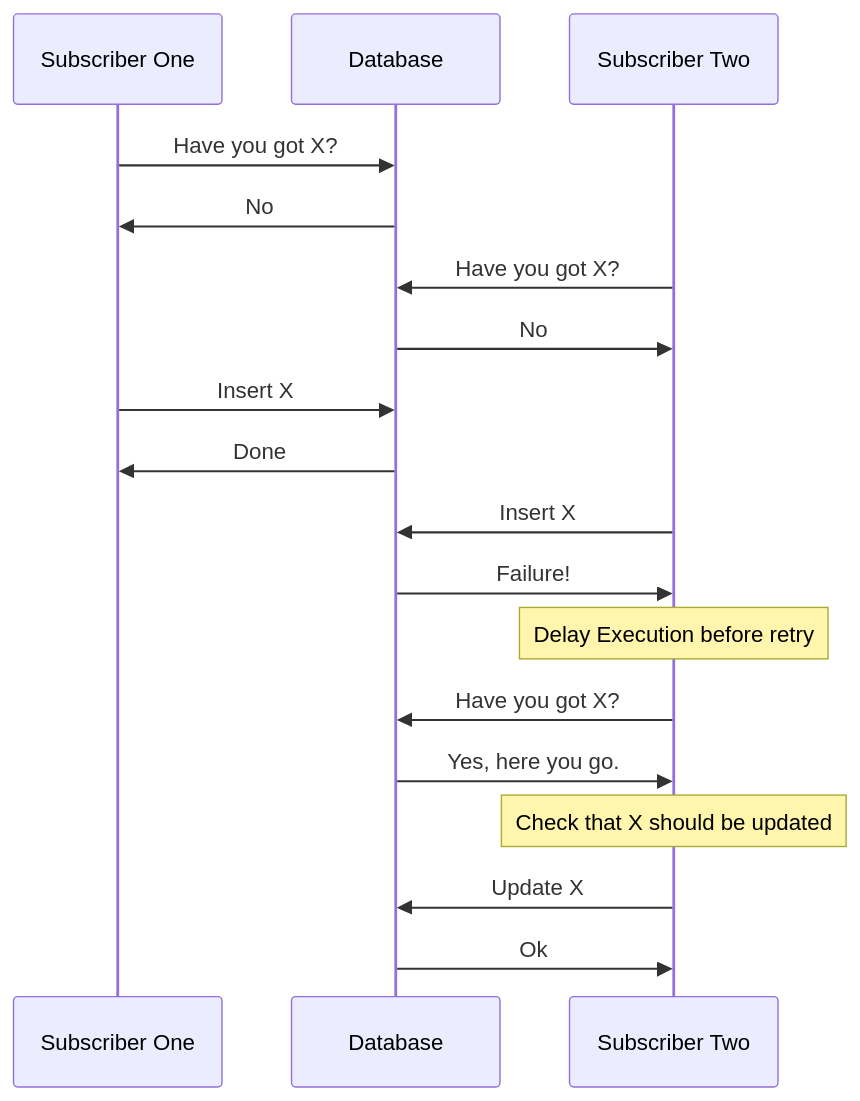
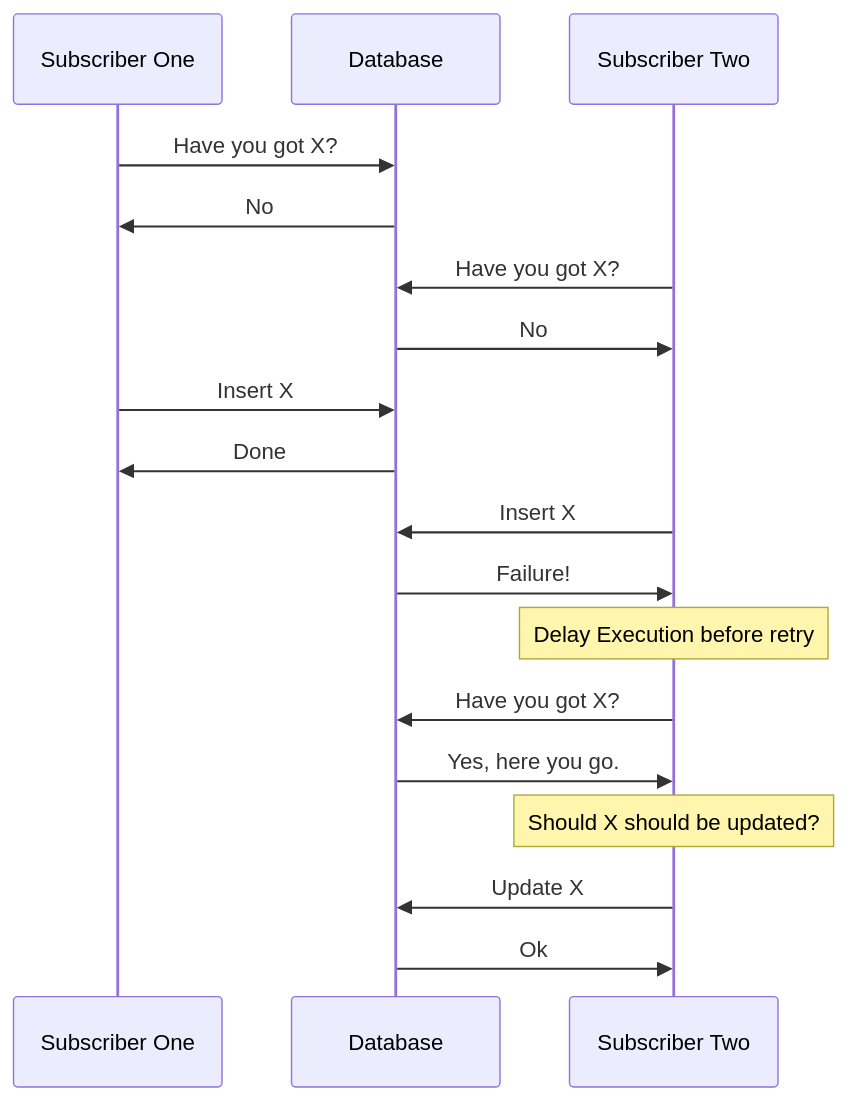
Before and after one commit to deeja/KafkaConsumerRetry: the first of 2 diagrams in README.md, drawn with Mermaid. The commit also changed other lines of this file, not shown here.

````diff
--- a/README.md
+++ b/README.md
@@ -26,20 +43,22 @@
 ```mermaid
+%% This diagram is not rendering on this site. View it on GitHub
+
 sequenceDiagram
     participant A1 as Subscriber One
     participant DB as Database
     participant A2 as Subscriber Two
     A1->>DB: Have you got X?
     DB->>A1: No
     A2->>DB: Have you got X?
     DB->>A2: No
     A1->>DB: Insert X
     DB->>A1: Done
     A2->>DB: Insert X
     DB->>A2: Failure!
     note over A2: Delay Execution before retry
     A2->>DB: Have you got X?
     DB->>A2: Yes, here you go.
-    note over A2: Check that X should be updated
+    note over A2: Should X should be updated?
     A2->>DB: Update X
     DB->>A2: Ok
 ```
````
